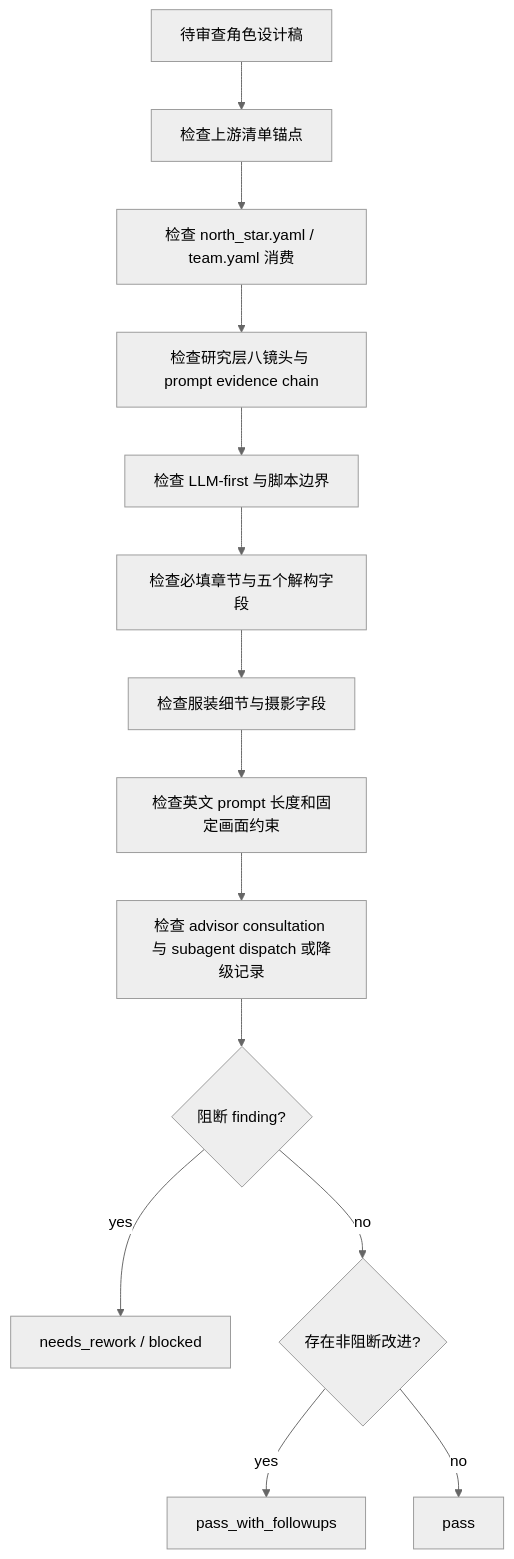
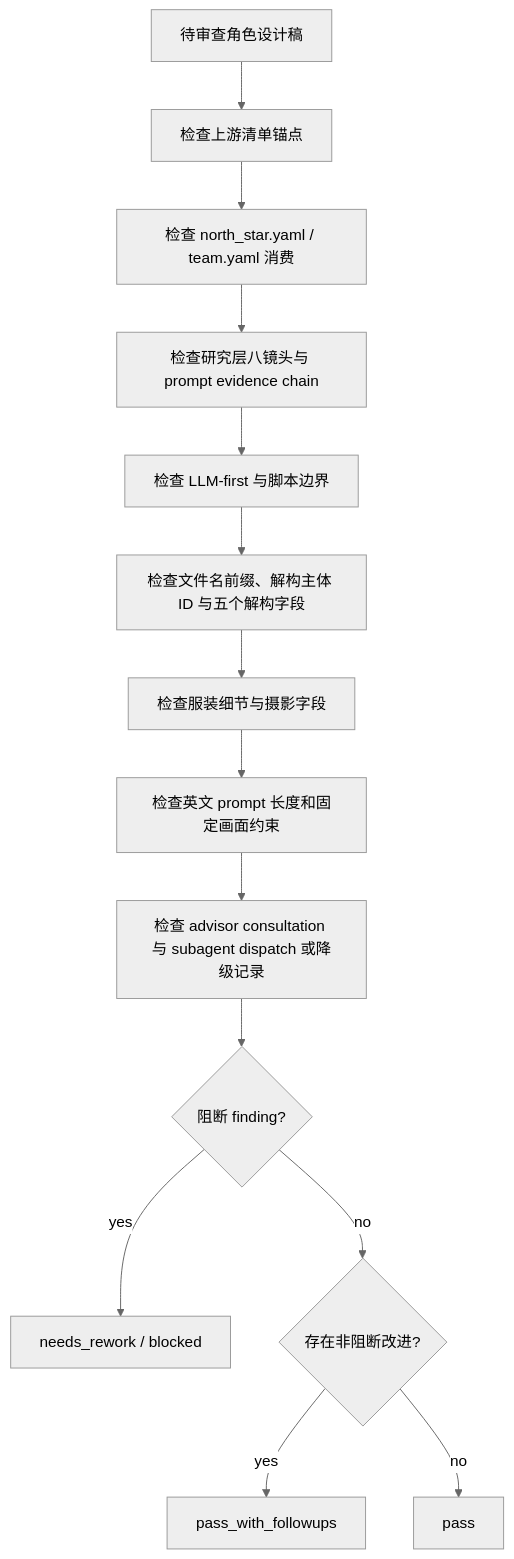
One commit to ZEN-VOID/AI-CUT changed the diagram in .agents/skills/aigc/5-设计/角色/2-设计/review/review-contract.md. Above: the diagram before and after it, drawn with Mermaid (neutral theme). The commit also changed other lines of this file and 106 other files, not shown here.

````diff
--- a/.agents/skills/aigc/5-设计/角色/2-设计/review/review-contract.md
+++ b/.agents/skills/aigc/5-设计/角色/2-设计/review/review-contract.md
@@ -68,16 +69,16 @@
 ```mermaid
 flowchart TD
     A["待审查角色设计稿"] --> B["检查上游清单锚点"]
     B --> C["检查 north_star.yaml / team.yaml 消费"]
     C --> R["检查研究层八镜头与 prompt evidence chain"]
     R --> D["检查 LLM-first 与脚本边界"]
-    D --> E["检查必填章节与五个解构字段"]
+    D --> E["检查文件名前缀、解构主体 ID 与五个解构字段"]
     E --> F["检查服装细节与摄影字段"]
     F --> G["检查英文 prompt 长度和固定画面约束"]
     G --> H["检查 advisor consultation 与 subagent dispatch 或降级记录"]
     H --> I{"阻断 finding?"}
     I -->|"yes"| J["needs_rework / blocked"]
     I -->|"no"| K{"存在非阻断改进?"}
     K -->|"yes"| L["pass_with_followups"]
     K -->|"no"| M["pass"]
 ```
````
